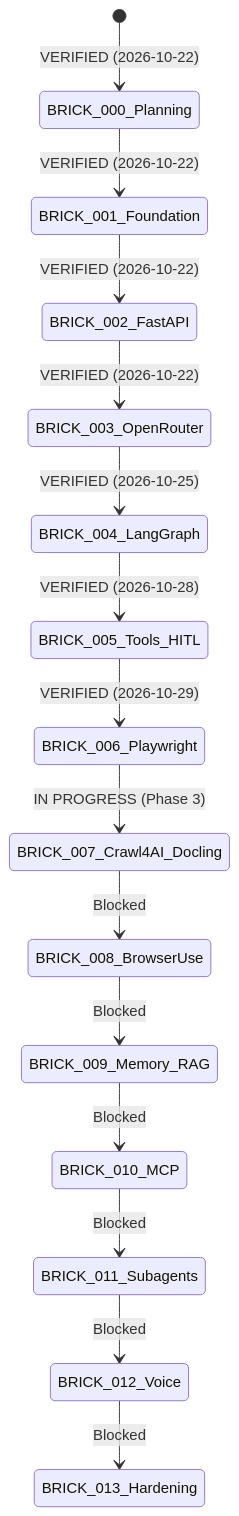
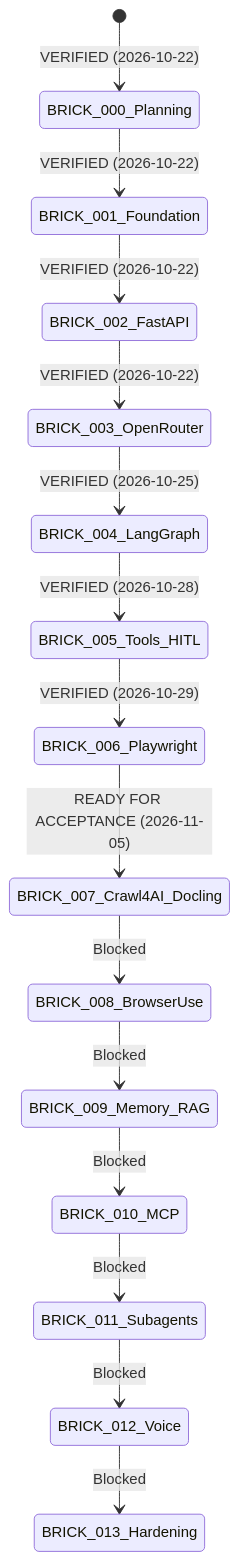
The diagram in docs/PROGRESS.md (Aryramy/javed), drawn with Mermaid before and after one commit. The commit also changed other lines of this file and 4 other files, not shown here.

Commit message:
docs(brick-007): deliver REPORT-007 and set status to READY FOR ACCEPTANCE

````diff
--- a/docs/PROGRESS.md
+++ b/docs/PROGRESS.md
@@ -28,17 +28,17 @@
 ```mermaid
 stateDiagram-v2
     [*] --> BRICK_000_Planning: VERIFIED (2026-10-22)
     BRICK_000_Planning --> BRICK_001_Foundation: VERIFIED (2026-10-22)
     BRICK_001_Foundation --> BRICK_002_FastAPI: VERIFIED (2026-10-22)
     BRICK_002_FastAPI --> BRICK_003_OpenRouter: VERIFIED (2026-10-22)
     BRICK_003_OpenRouter --> BRICK_004_LangGraph: VERIFIED (2026-10-25)
     BRICK_004_LangGraph --> BRICK_005_Tools_HITL: VERIFIED (2026-10-28)
     BRICK_005_Tools_HITL --> BRICK_006_Playwright: VERIFIED (2026-10-29)
-    BRICK_006_Playwright --> BRICK_007_Crawl4AI_Docling: IN PROGRESS (Phase 3)
+    BRICK_006_Playwright --> BRICK_007_Crawl4AI_Docling: READY FOR ACCEPTANCE (2026-11-05)
     BRICK_007_Crawl4AI_Docling --> BRICK_008_BrowserUse: Blocked
     BRICK_008_BrowserUse --> BRICK_009_Memory_RAG: Blocked
     BRICK_009_Memory_RAG --> BRICK_010_MCP: Blocked
     BRICK_010_MCP --> BRICK_011_Subagents: Blocked
     BRICK_011_Subagents --> BRICK_012_Voice: Blocked
     BRICK_012_Voice --> BRICK_013_Hardening: Blocked
 ```
````
